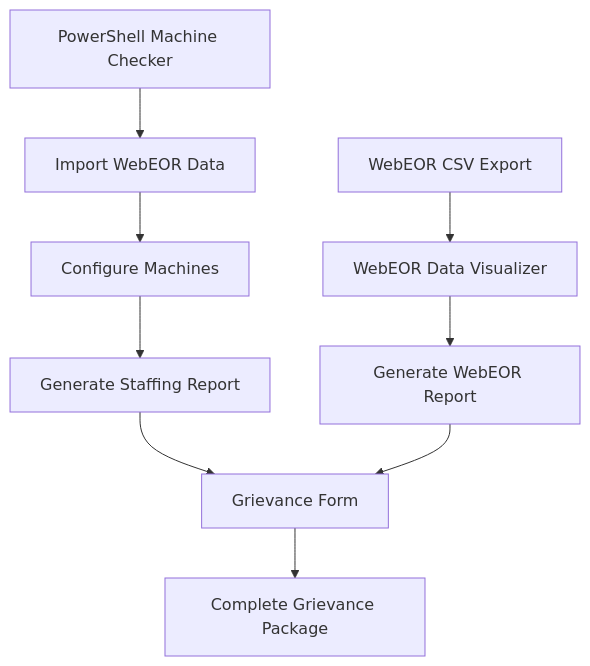
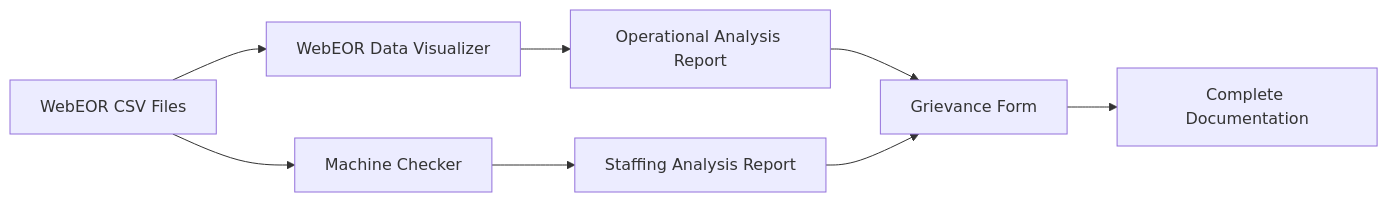
Before and after one commit to JRS222/LaborChecklistProd: the second of 2 diagrams in README.md, drawn with Mermaid. The commit also changed other lines of this file, not shown here.

````diff
--- a/README.md
+++ b/README.md
@@ -1053,11 +137,10 @@
 ```mermaid
-graph TD
-    A[WebEOR CSV Export] --> B[WebEOR Data Visualizer]
-    B --> C[Generate WebEOR Report]
-    D[PowerShell Machine Checker] --> E[Import WebEOR Data]
-    E --> F[Configure Machines]
-    F --> G[Generate Staffing Report]
-    G --> H[Grievance Form]
-    C --> H
-    H --> I[Complete Grievance Package]
+graph LR
+    A[WebEOR CSV Files] --> B[WebEOR Data Visualizer]
+    B --> C[Operational Analysis Report]
+    A --> D[Machine Checker]
+    D --> E[Staffing Analysis Report]
+    C --> F[Grievance Form]
+    E --> F
+    F --> G[Complete Documentation]
 ```
````
